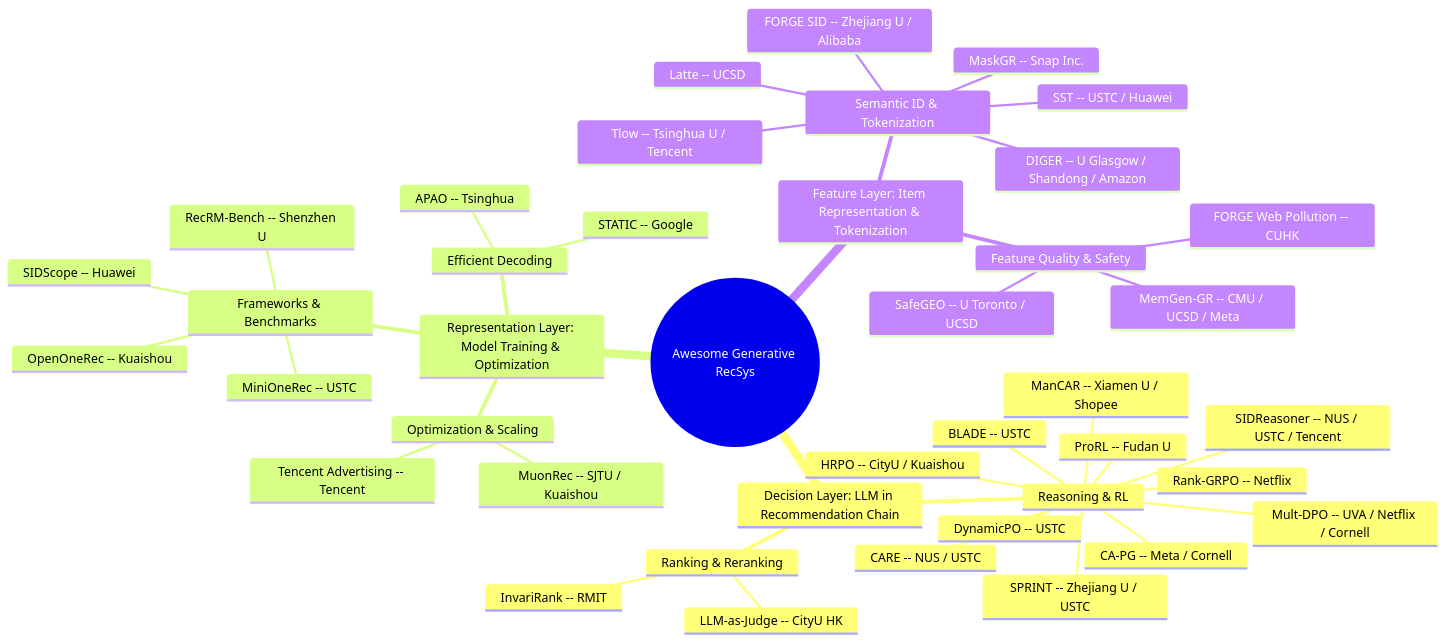
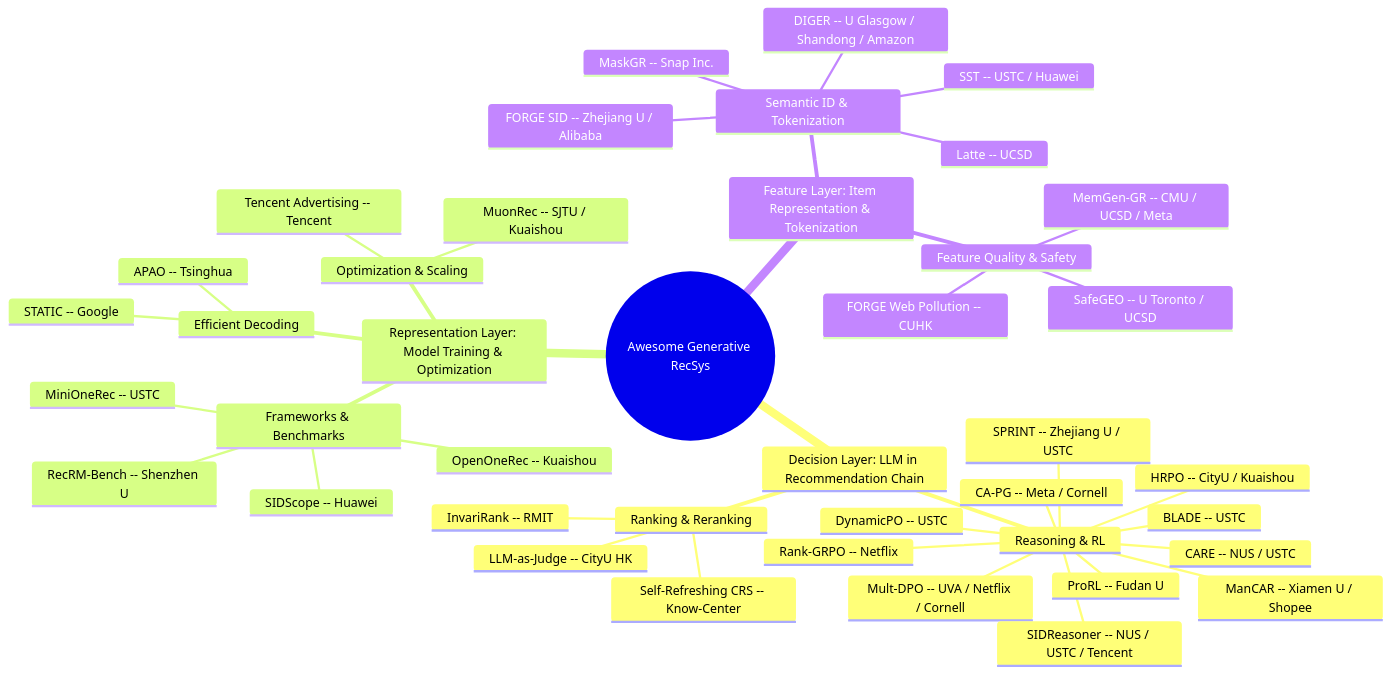
One commit to HaFred/awesome-generative-recsys changed the diagram in README.md. Above: the diagram before and after it, drawn with Mermaid. The commit also changed other lines of this file and 3 other files, not shown here.

````diff
--- a/README.md
+++ b/README.md
@@ -28,44 +28,44 @@
 ```mermaid
 mindmap
   root((Awesome Generative RecSys))
     Decision Layer: LLM in Recommendation Chain
       Reasoning & RL
         Rank-GRPO -- Netflix
         DynamicPO -- USTC
         BLADE -- USTC
         SPRINT -- Zhejiang U / USTC
         CARE -- NUS / USTC
         HRPO -- CityU / Kuaishou
         Mult-DPO -- UVA / Netflix / Cornell
         CA-PG -- Meta / Cornell
         ProRL -- Fudan U
         ManCAR -- Xiamen U / Shopee
         SIDReasoner -- NUS / USTC / Tencent
       Ranking & Reranking
         InvariRank -- RMIT
         LLM-as-Judge -- CityU HK
+        Self-Refreshing CRS -- Know-Center
     Representation Layer: Model Training & Optimization
       Frameworks & Benchmarks
         MiniOneRec -- USTC
         OpenOneRec -- Kuaishou
         RecRM-Bench -- Shenzhen U
         SIDScope -- Huawei
       Efficient Decoding
         STATIC -- Google
         APAO -- Tsinghua
       Optimization & Scaling
         MuonRec -- SJTU / Kuaishou
         Tencent Advertising -- Tencent
     Feature Layer: Item Representation & Tokenization
       Semantic ID & Tokenization
         Latte -- UCSD
         FORGE SID -- Zhejiang U / Alibaba
         DIGER -- U Glasgow / Shandong / Amazon
         MaskGR -- Snap Inc.
         SST -- USTC / Huawei
-        Tlow -- Tsinghua U / Tencent
       Feature Quality & Safety
         SafeGEO -- U Toronto / UCSD
         MemGen-GR -- CMU / UCSD / Meta
         FORGE Web Pollution -- CUHK
 ```
````
